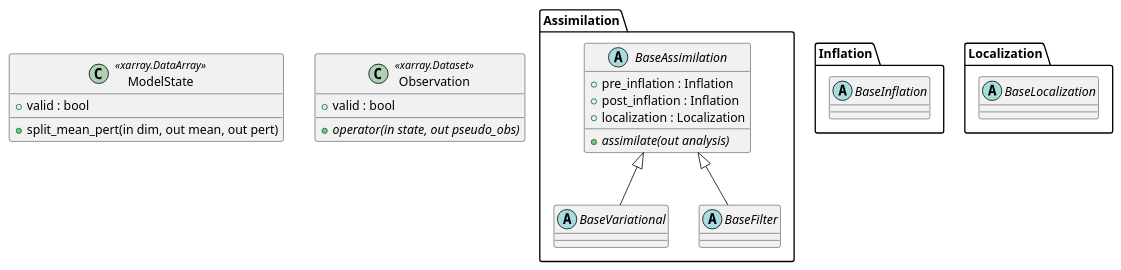
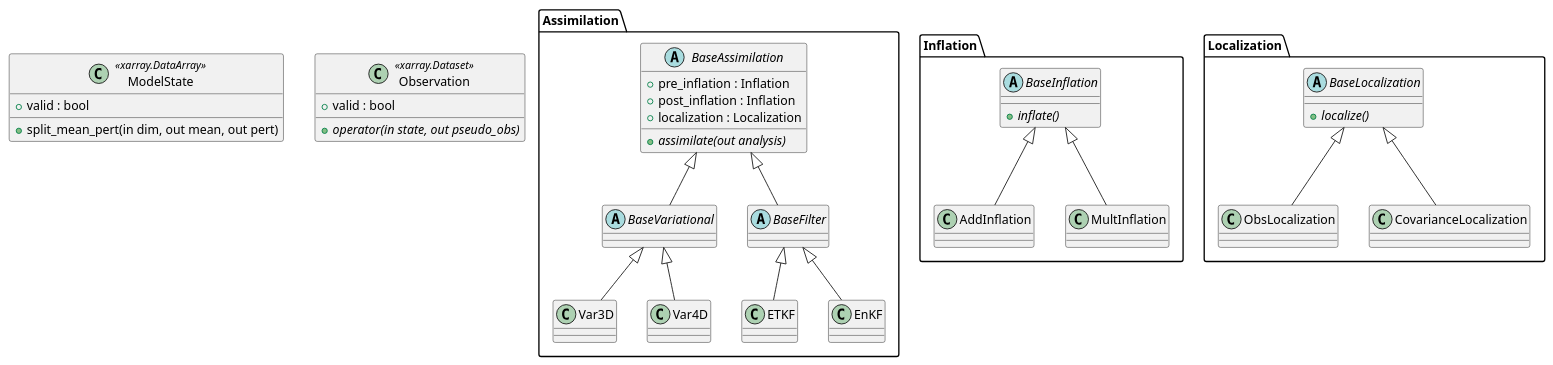
Before and after one commit to tobifinn/torch-assimilate: the diagram in docs/source/_static/class_diagram.puml, drawn with PlantUML.

Commit message:
Added possible implementations of abstract classes into uml class diagram

```diff
--- a/docs/source/_static/class_diagram.puml
+++ b/docs/source/_static/class_diagram.puml
@@ -1,37 +1,67 @@
 @startuml
 
 package "Assimilation" {
     abstract class BaseAssimilation {
         + pre_inflation : Inflation
         + post_inflation : Inflation
         + localization : Localization
         + {abstract} assimilate(out analysis)
     }
 
     abstract class BaseVariational
     abstract class BaseFilter
 
+    class ETKF
+    class EnKF
+
+    class Var3D
+
     BaseAssimilation <|-- BaseVariational
+    BaseVariational <|-- Var3D
+    BaseVariational <|-- Var4D
+
     BaseAssimilation <|-- BaseFilter
+    BaseFilter <|-- ETKF
+    BaseFilter <|-- EnKF
 }
 
 package Inflation {
     abstract class BaseInflation {
+    + {abstract} inflate()
     }
+
+    class AddInflation {
+    }
+    class MultInflation {
+    }
+
+    BaseInflation <|-- AddInflation
+    BaseInflation <|-- MultInflation
+
 }
 
 package Localization {
     abstract class BaseLocalization {
+    + {abstract} localize()
     }
+
+    class ObsLocalization {
+    }
+    class CovarianceLocalization{
+    }
+
+    BaseLocalization <|-- ObsLocalization
+    BaseLocalization <|-- CovarianceLocalization
 }
+
 class ModelState << xarray.DataArray >> {
     + valid : bool
     + split_mean_pert(in dim, out mean, out pert)
 }
 
 class Observation << xarray.Dataset >> {
     + valid : bool
     + {abstract} operator(in state, out pseudo_obs)
 }
 
 @enduml
```
